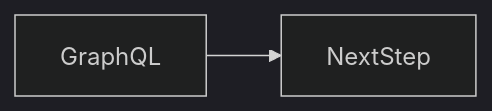
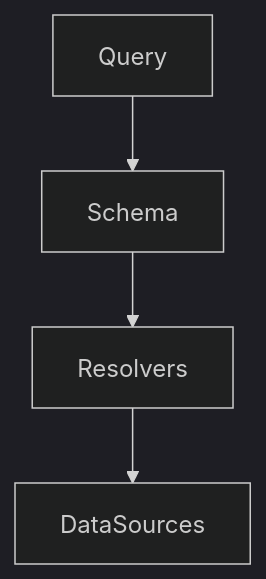
One commit to OmidJavaherii/Frontend-Engineering-Handbook changed the second of 2 diagrams in docs/en/02-internet/graphql/index.md. Above: the diagram before and after it, drawn with Mermaid (dark theme). The commit also changed other lines of this file and 461 other files, not shown here.

````diff
--- a/docs/en/02-internet/graphql/index.md
+++ b/docs/en/02-internet/graphql/index.md
@@ -95,4 +117,5 @@
 ```mermaid
-flowchart LR
-  concept[GraphQL] --> nextStep[NextStep]
+flowchart TB
+  Q[Query] --> Schema
+  Schema --> Resolvers --> DataSources
 ```
````
